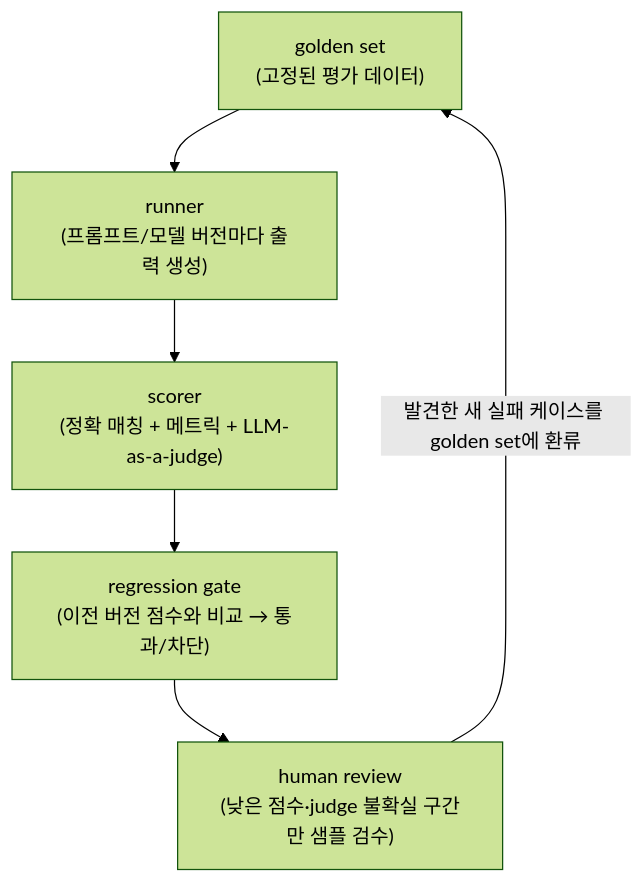
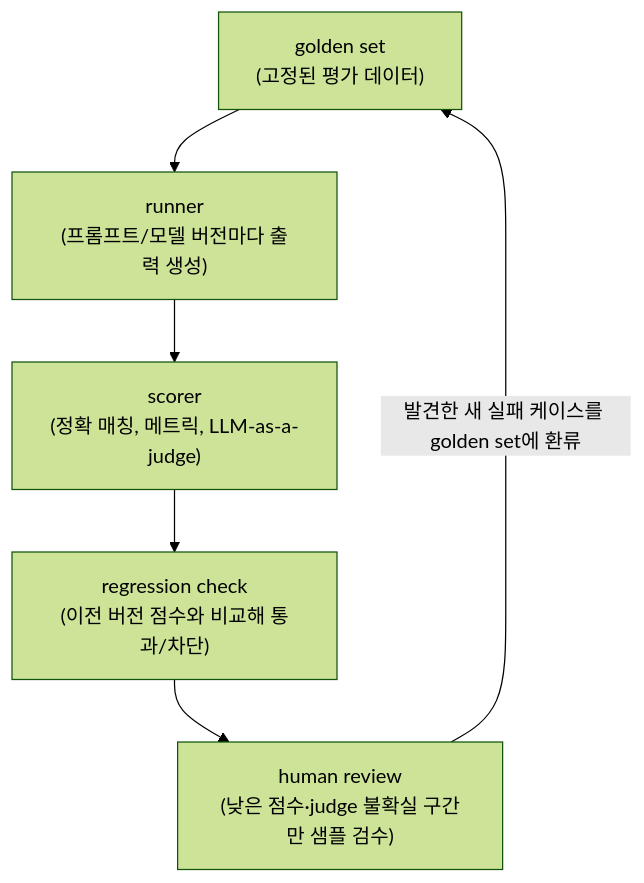
The diagram in AI/llm-evaluation-framework.md (jon890/fos-study), drawn with Mermaid (forest theme) before and after one commit. The commit also changed other lines of this file and 29 other files, not shown here.

````diff
--- a/AI/llm-evaluation-framework.md
+++ b/AI/llm-evaluation-framework.md
@@ -29,11 +29,11 @@
 ```mermaid
 flowchart TD
     GS["golden set<br/>(고정된 평가 데이터)"]
     RN["runner<br/>(프롬프트/모델 버전마다 출력 생성)"]
-    SC["scorer<br/>(정확 매칭 + 메트릭 + LLM-as-a-judge)"]
-    RG["regression gate<br/>(이전 버전 점수와 비교 → 통과/차단)"]
+    SC["scorer<br/>(정확 매칭, 메트릭, LLM-as-a-judge)"]
+    RG["regression check<br/>(이전 버전 점수와 비교해 통과/차단)"]
     HR["human review<br/>(낮은 점수·judge 불확실 구간만 샘플 검수)"]
 
     GS --> RN --> SC --> RG --> HR
     HR -->|"발견한 새 실패 케이스를 golden set에 환류"| GS
 ```
````
